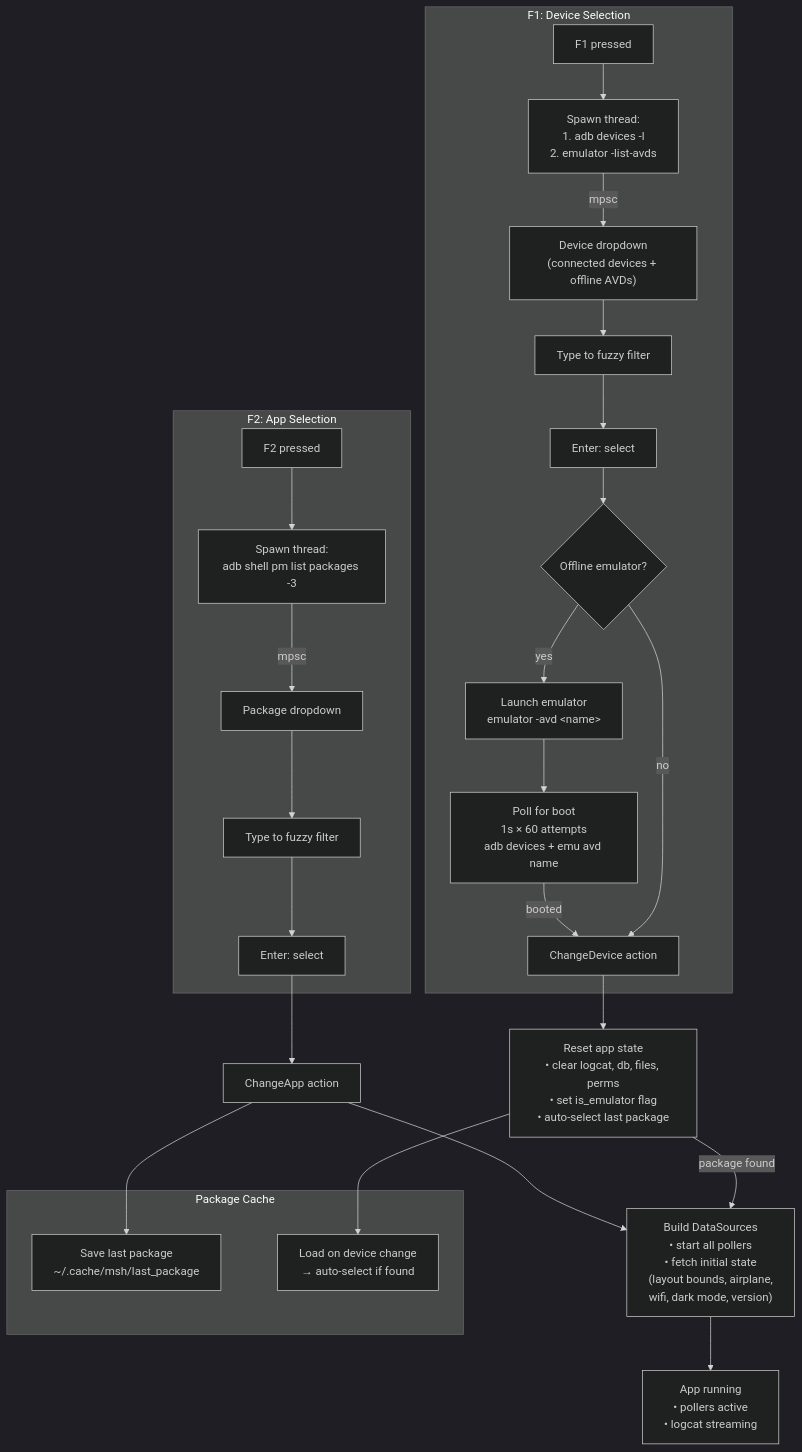
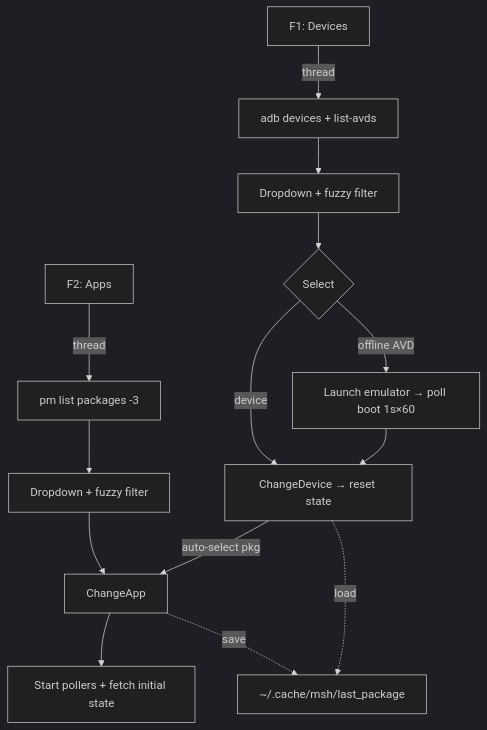
The diagram in docs/architecture/toolbar.mmd (measure-sh/holo), drawn with Mermaid (dark theme) before and after one commit. The commit also changed 8 other files, not shown here.

Commit message:
Tighten architecture diagrams for readability

```diff
--- a/docs/architecture/toolbar.mmd
+++ b/docs/architecture/toolbar.mmd
@@ -1,35 +1,16 @@
 graph TD
-    subgraph DEVICE["F1: Device Selection"]
-        F1["F1 pressed"] --> FETCH_D["Spawn thread:\n1. adb devices -l\n2. emulator -list-avds"]
-        FETCH_D -->|mpsc| DROPDOWN_D["Device dropdown\n(connected devices + offline AVDs)"]
-        DROPDOWN_D --> FILTER_D["Type to fuzzy filter"]
-        FILTER_D --> SELECT_D["Enter: select"]
-        SELECT_D --> IS_EMU{Offline emulator?}
-        IS_EMU -->|yes| LAUNCH["Launch emulator\nemulator -avd &lt;name&gt;"]
-        LAUNCH --> WAIT["Poll for boot\n1s × 60 attempts\nadb devices + emu avd name"]
-        WAIT -->|booted| CHANGE_D["ChangeDevice action"]
-        IS_EMU -->|no| CHANGE_D
-    end
+    F1["F1: Devices"] -->|thread| LIST_D["adb devices + list-avds"]
+    LIST_D --> DROP_D["Dropdown + fuzzy filter"]
+    DROP_D --> SEL{Select}
+    SEL -->|device| CHANGE["ChangeDevice → reset state"]
+    SEL -->|offline AVD| LAUNCH["Launch emulator → poll boot 1s×60"] --> CHANGE
 
-    CHANGE_D --> RESET["Reset app state\n• clear logcat, db, files, perms\n• set is_emulator flag\n• auto-select last package"]
+    F2["F2: Apps"] -->|thread| LIST_P["pm list packages -3"]
+    LIST_P --> DROP_P["Dropdown + fuzzy filter"]
+    DROP_P --> APP["ChangeApp"]
 
-    subgraph APP["F2: App Selection"]
-        F2["F2 pressed"] --> FETCH_P["Spawn thread:\nadb shell pm list packages -3"]
-        FETCH_P -->|mpsc| DROPDOWN_P["Package dropdown"]
-        DROPDOWN_P --> FILTER_P["Type to fuzzy filter"]
-        FILTER_P --> SELECT_P["Enter: select"]
-    end
+    CHANGE -->|auto-select pkg| APP
+    APP --> BUILD["Start pollers + fetch initial state"]
 
-    SELECT_P --> CHANGE_A["ChangeApp action"]
-    CHANGE_A --> BUILD["Build DataSources\n• start all pollers\n• fetch initial state\n  (layout bounds, airplane,\n   wifi, dark mode, version)"]
-    RESET -->|package found| BUILD
-
-    BUILD --> RUNNING["App running\n• pollers active\n• logcat streaming"]
-
-    subgraph CACHE["Package Cache"]
-        SAVE["Save last package\n~/.cache/msh/last_package"]
-        LOAD["Load on device change\n→ auto-select if found"]
-    end
-
-    CHANGE_A --> SAVE
-    RESET --> LOAD
+    APP -.->|save| CACHE["~/.cache/msh/last_package"]
+    CHANGE -.->|load| CACHE
```
